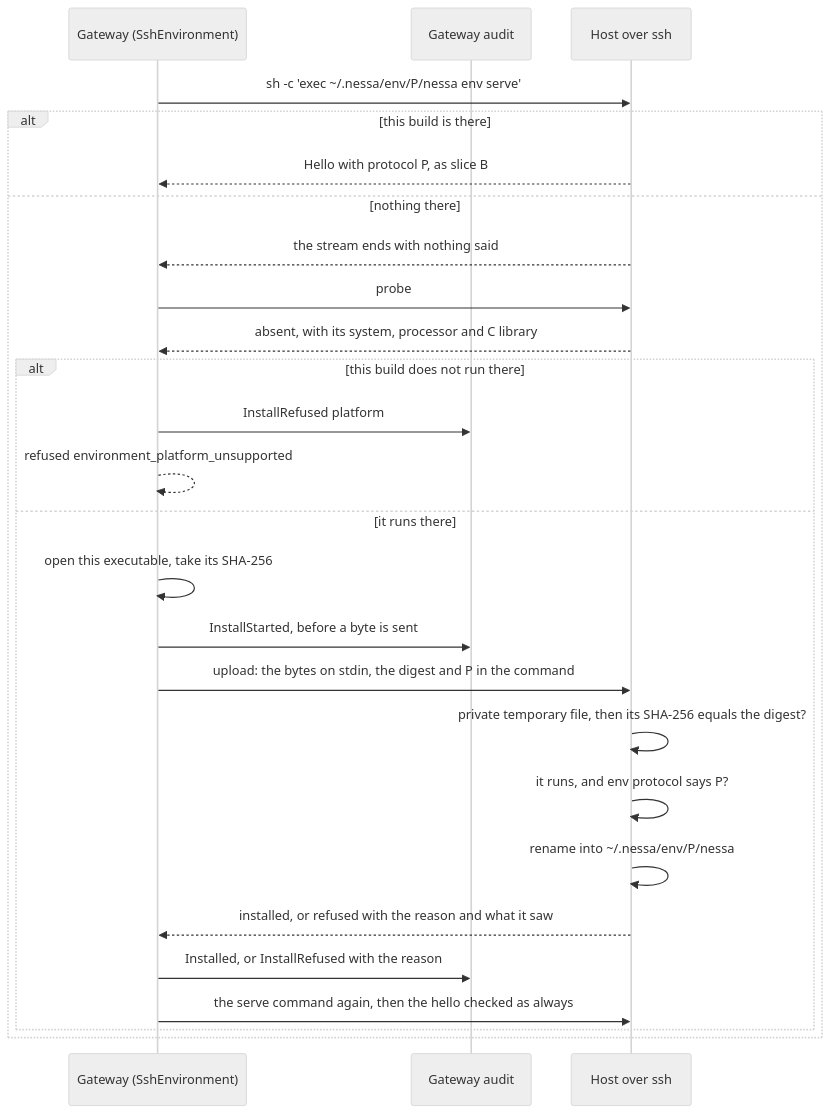
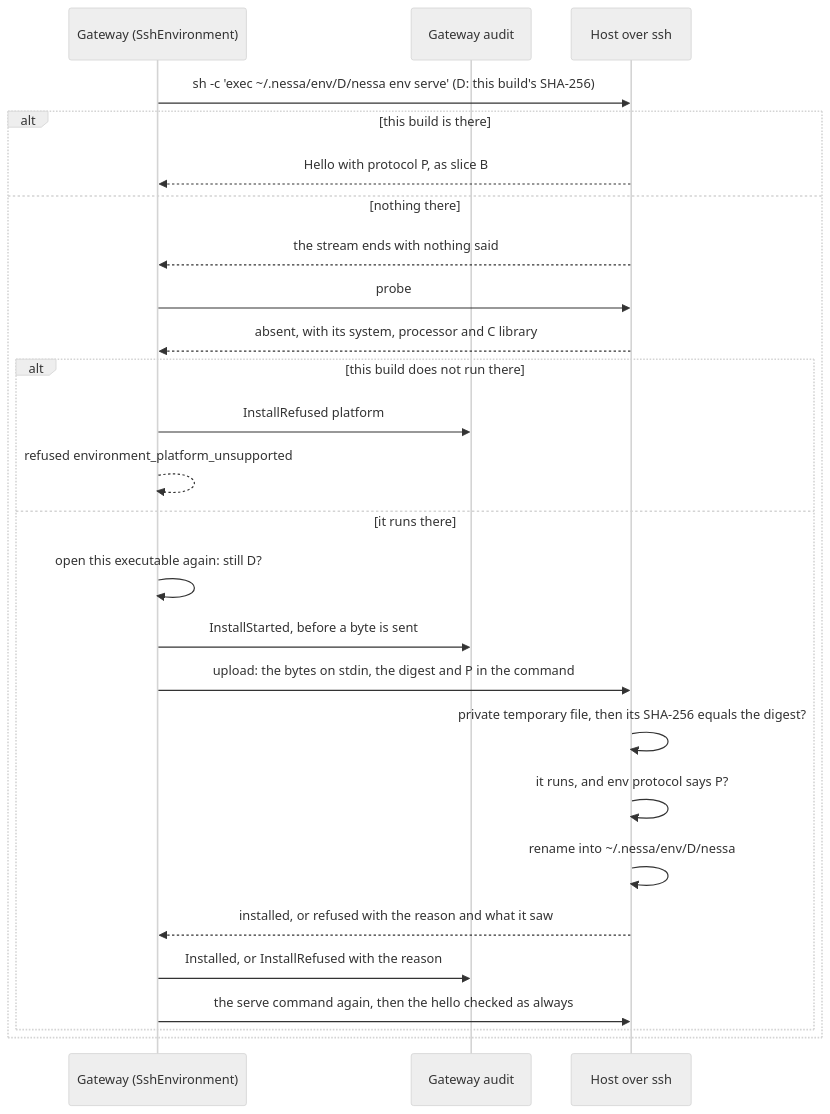
The fourth of 4 diagrams in docs/design/runtime-architecture.md (nessalabs/nessa-agent), drawn with Mermaid (neutral theme) before and after one commit. The commit also changed other lines of this file and 10 other files, not shown here.

First line of the commit message:
Keep a host's copy by the build's SHA-256, and fail an unrecorded refusal

````diff
--- a/docs/design/runtime-architecture.md
+++ b/docs/design/runtime-architecture.md
@@ -587,28 +594,28 @@
 ```mermaid
 sequenceDiagram
     participant G as Gateway (SshEnvironment)
     participant A as Gateway audit
     participant H as Host over ssh
-    G->>H: sh -c 'exec ~/.nessa/env/P/nessa env serve'
+    G->>H: sh -c 'exec ~/.nessa/env/D/nessa env serve' (D: this build's SHA-256)
     alt this build is there
         H-->>G: Hello with protocol P, as slice B
     else nothing there
         H-->>G: the stream ends with nothing said
         G->>H: probe
         H-->>G: absent, with its system, processor and C library
         alt this build does not run there
             G->>A: InstallRefused platform
             G-->>G: refused environment_platform_unsupported
         else it runs there
-            G->>G: open this executable, take its SHA-256
+            G->>G: open this executable again: still D?
             G->>A: InstallStarted, before a byte is sent
             G->>H: upload: the bytes on stdin, the digest and P in the command
             H->>H: private temporary file, then its SHA-256 equals the digest?
             H->>H: it runs, and env protocol says P?
-            H->>H: rename into ~/.nessa/env/P/nessa
+            H->>H: rename into ~/.nessa/env/D/nessa
             H-->>G: installed, or refused with the reason and what it saw
             G->>A: Installed, or InstallRefused with the reason
             G->>H: the serve command again, then the hello checked as always
         end
     end
 ```
````
